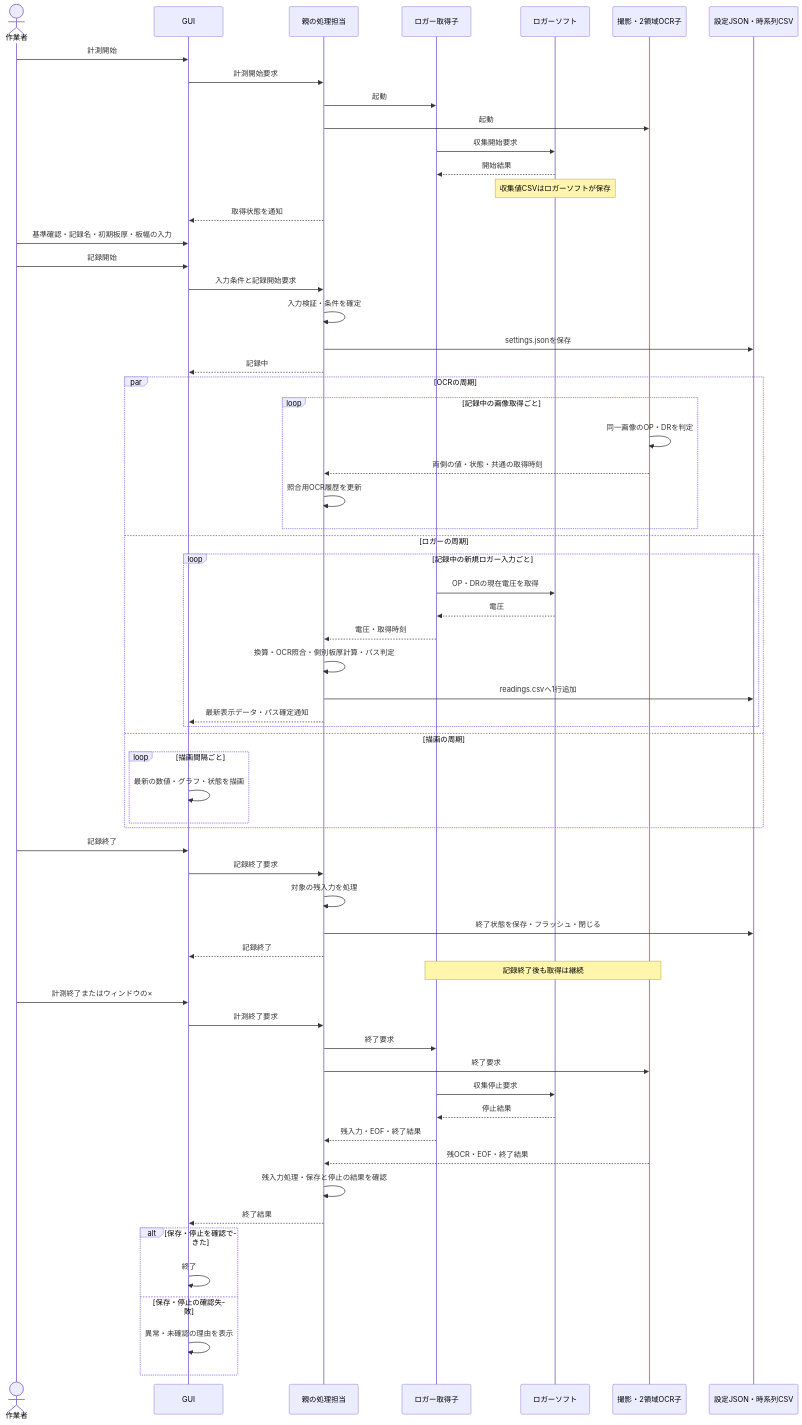
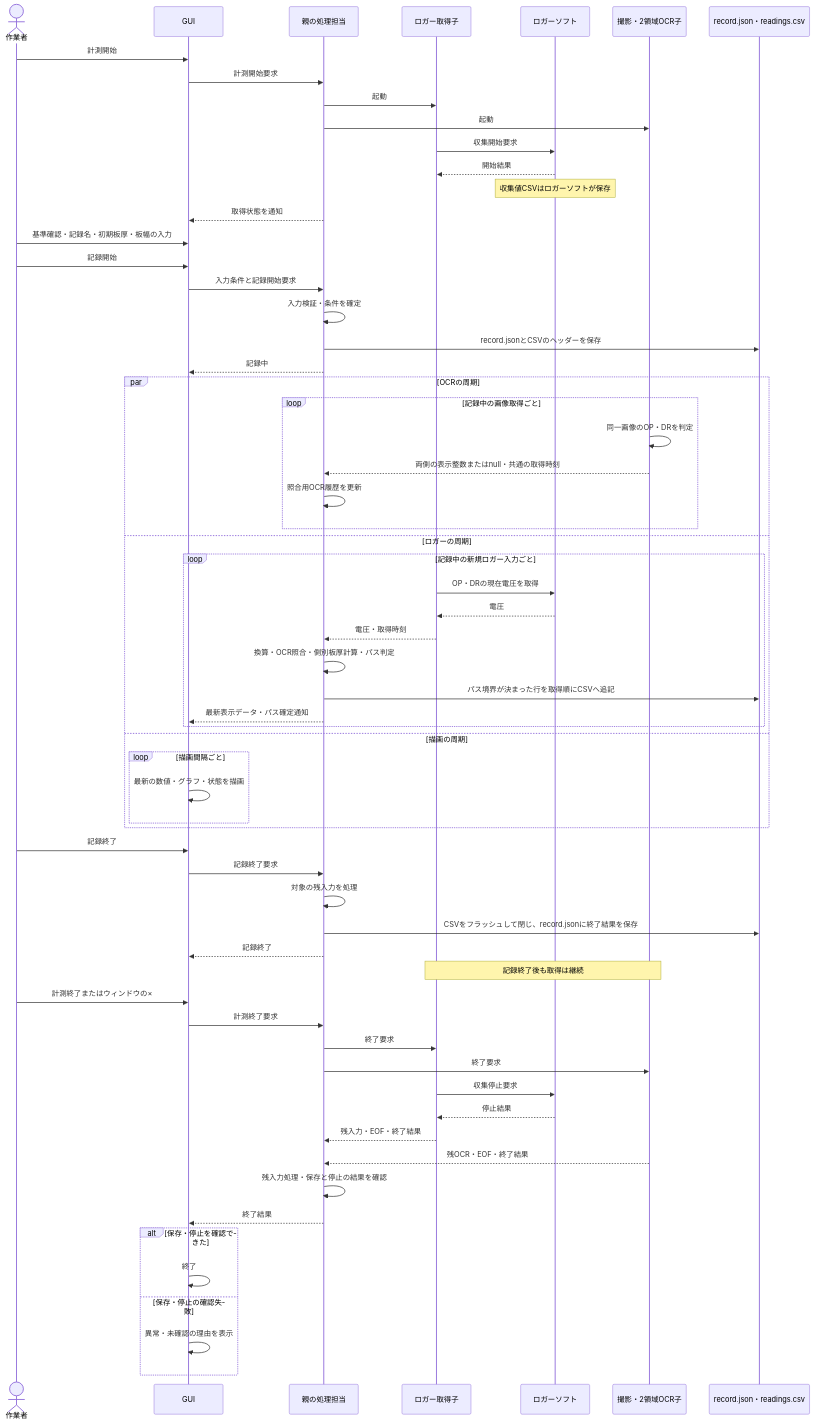
The second of 2 diagrams in scraps/logger-ocr-live/SYSTEM_PLAN.md (TkymHrt/code-scraps), drawn with Mermaid before and after one commit. The commit also changed other lines of this file and 2 other files, not shown here.

````diff
--- a/scraps/logger-ocr-live/SYSTEM_PLAN.md
+++ b/scraps/logger-ocr-live/SYSTEM_PLAN.md
@@ -64,70 +90,70 @@
 ```mermaid
 sequenceDiagram
     actor U as 作業者
     participant G as GUI
     participant P as 親の処理担当
     participant L as ロガー取得子
     participant W as ロガーソフト
     participant O as 撮影・2領域OCR子
-    participant F as 設定JSON・時系列CSV
+    participant F as record.json・readings.csv
 
     U->>G: 計測開始
     G->>P: 計測開始要求
     P->>L: 起動
     P->>O: 起動
     L->>W: 収集開始要求
     W-->>L: 開始結果
     Note over W: 収集値CSVはロガーソフトが保存
     P-->>G: 取得状態を通知
 
     U->>G: 基準確認・記録名・初期板厚・板幅の入力
     U->>G: 記録開始
     G->>P: 入力条件と記録開始要求
     P->>P: 入力検証・条件を確定
-    P->>F: settings.jsonを保存
+    P->>F: record.jsonとCSVのヘッダーを保存
     P-->>G: 記録中
 
     par OCRの周期
         loop 記録中の画像取得ごと
             O->>O: 同一画像のOP・DRを判定
-            O-->>P: 両側の値・状態・共通の取得時刻
+            O-->>P: 両側の表示整数またはnull・共通の取得時刻
             P->>P: 照合用OCR履歴を更新
         end
     and ロガーの周期
         loop 記録中の新規ロガー入力ごと
             L->>W: OP・DRの現在電圧を取得
             W-->>L: 電圧
             L-->>P: 電圧・取得時刻
             P->>P: 換算・OCR照合・側別板厚計算・パス判定
-            P->>F: readings.csvへ1行追加
+            P->>F: パス境界が決まった行を取得順にCSVへ追記
             P-->>G: 最新表示データ・パス確定通知
         end
     and 描画の周期
         loop 描画間隔ごと
             G->>G: 最新の数値・グラフ・状態を描画
         end
     end
 
     U->>G: 記録終了
     G->>P: 記録終了要求
     P->>P: 対象の残入力を処理
-    P->>F: 終了状態を保存・フラッシュ・閉じる
+    P->>F: CSVをフラッシュして閉じ、record.jsonに終了結果を保存
     P-->>G: 記録終了
     Note over L,O: 記録終了後も取得は継続
 
     U->>G: 計測終了またはウィンドウの×
     G->>P: 計測終了要求
     P->>L: 終了要求
     P->>O: 終了要求
     L->>W: 収集停止要求
     W-->>L: 停止結果
     L-->>P: 残入力・EOF・終了結果
     O-->>P: 残OCR・EOF・終了結果
     P->>P: 残入力処理・保存と停止の結果を確認
     P-->>G: 終了結果
     alt 保存・停止を確認できた
         G->>G: 終了
     else 保存・停止の確認失敗
         G->>G: 異常・未確認の理由を表示
     end
 ```
````
